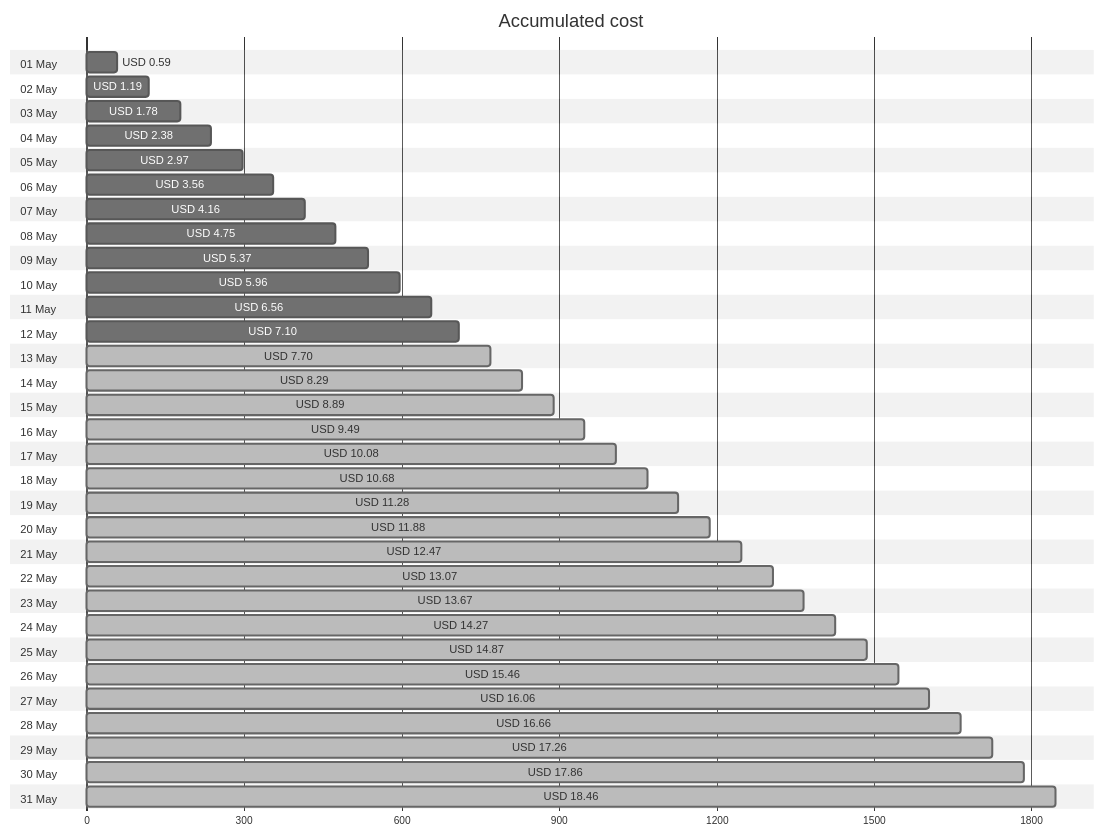
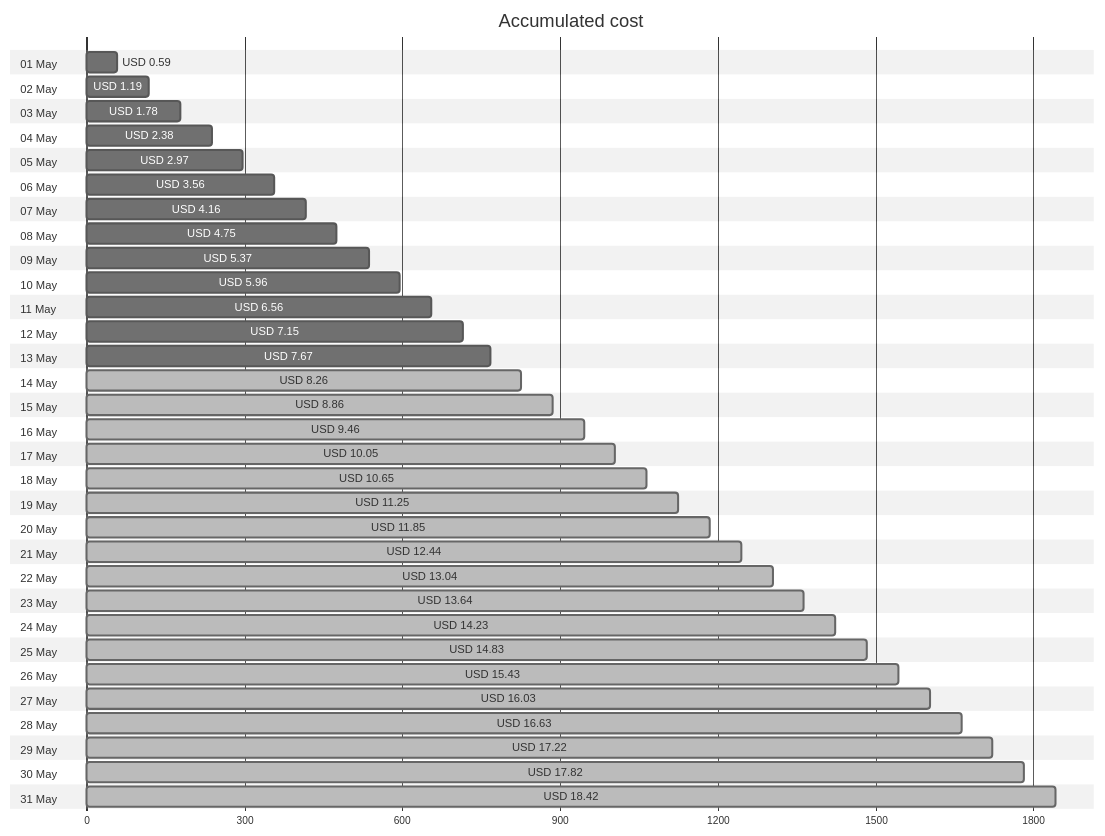
One commit to jpfulton/azure-personal-reports changed the first of 4 diagrams in cost-reports/personal-site/README.md. Above: the diagram before and after it, drawn with Mermaid (neutral theme). The commit also changed other lines of this file and 6 other files, not shown here.

````diff
--- a/cost-reports/personal-site/README.md
+++ b/cost-reports/personal-site/README.md
@@ -20,68 +20,68 @@
 ```mermaid
 gantt
    title Accumulated cost
    dateFormat  X
    axisFormat %s
    section 01 May
    USD 0.59 :0, 59
    section 02 May
    USD 1.19 :0, 119
    section 03 May
    USD 1.78 :0, 178
    section 04 May
    USD 2.38 :0, 238
    section 05 May
    USD 2.97 :0, 297
    section 06 May
    USD 3.56 :0, 356
    section 07 May
    USD 4.16 :0, 416
    section 08 May
    USD 4.75 :0, 475
    section 09 May
    USD 5.37 :0, 537
    section 10 May
    USD 5.96 :0, 596
    section 11 May
    USD 6.56 :0, 656
    section 12 May
-   USD 7.10 :0, 710
+   USD 7.15 :0, 715
    section 13 May
-   USD 7.70 : done, 0, 770
+   USD 7.67 :0, 767
    section 14 May
-   USD 8.29 : done, 0, 829
+   USD 8.26 : done, 0, 826
    section 15 May
-   USD 8.89 : done, 0, 889
+   USD 8.86 : done, 0, 886
    section 16 May
-   USD 9.49 : done, 0, 949
+   USD 9.46 : done, 0, 946
    section 17 May
-   USD 10.08 : done, 0, 1008
+   USD 10.05 : done, 0, 1005
    section 18 May
-   USD 10.68 : done, 0, 1068
+   USD 10.65 : done, 0, 1065
    section 19 May
-   USD 11.28 : done, 0, 1128
+   USD 11.25 : done, 0, 1125
    section 20 May
-   USD 11.88 : done, 0, 1188
+   USD 11.85 : done, 0, 1185
    section 21 May
-   USD 12.47 : done, 0, 1247
+   USD 12.44 : done, 0, 1244
    section 22 May
-   USD 13.07 : done, 0, 1307
+   USD 13.04 : done, 0, 1304
    section 23 May
-   USD 13.67 : done, 0, 1367
+   USD 13.64 : done, 0, 1364
    section 24 May
-   USD 14.27 : done, 0, 1427
+   USD 14.23 : done, 0, 1423
    section 25 May
-   USD 14.87 : done, 0, 1487
+   USD 14.83 : done, 0, 1483
    section 26 May
-   USD 15.46 : done, 0, 1546
+   USD 15.43 : done, 0, 1543
    section 27 May
-   USD 16.06 : done, 0, 1606
+   USD 16.03 : done, 0, 1603
    section 28 May
-   USD 16.66 : done, 0, 1666
+   USD 16.63 : done, 0, 1663
    section 29 May
-   USD 17.26 : done, 0, 1726
+   USD 17.22 : done, 0, 1722
    section 30 May
-   USD 17.86 : done, 0, 1786
+   USD 17.82 : done, 0, 1782
    section 31 May
-   USD 18.46 : done, 0, 1846
+   USD 18.42 : done, 0, 1842
 ```
````
